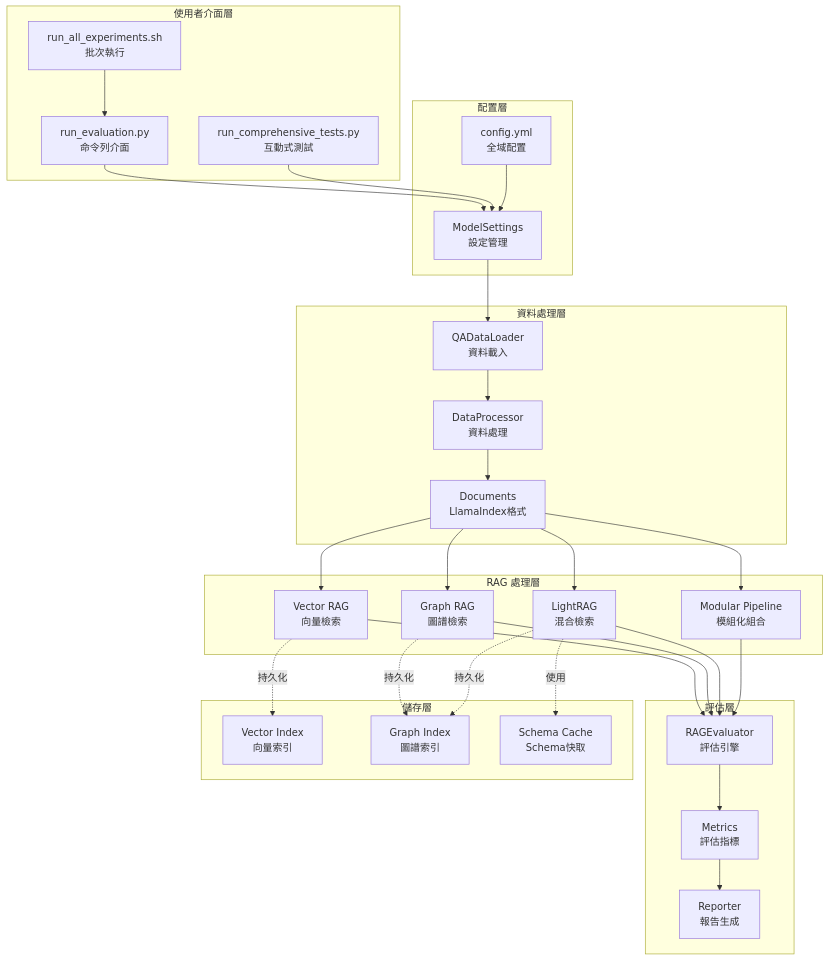
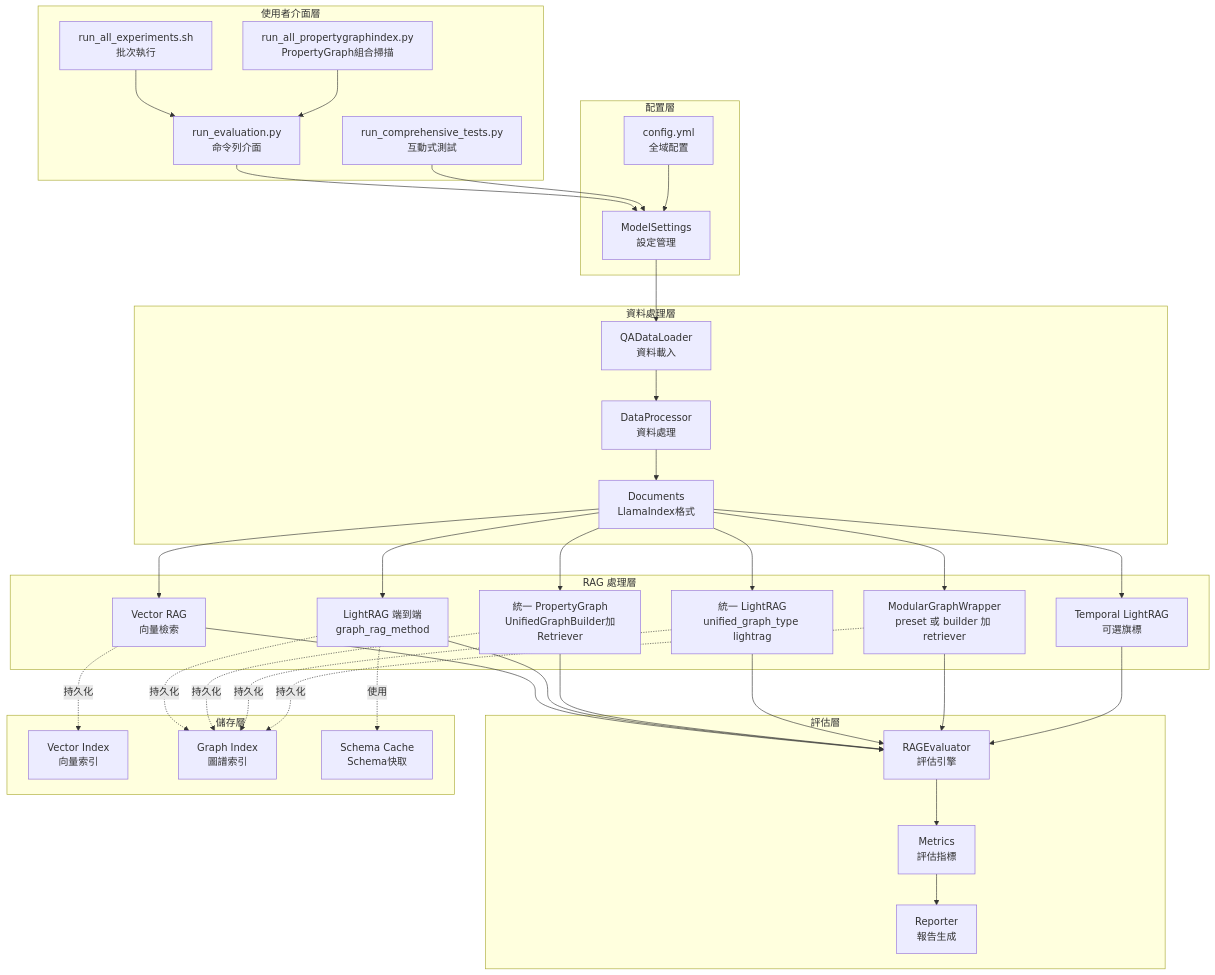
The first of 26 diagrams in docs/ARCHITECTURE.md (Hsuanyu-wang/End_to_End), drawn with Mermaid before and after one commit. The commit also changed other lines of this file and 123 other files, not shown here.

````diff
--- a/docs/ARCHITECTURE.md
+++ b/docs/ARCHITECTURE.md
@@ -19,66 +20,76 @@
 ```mermaid
 graph TB
     subgraph userInterface[使用者介面層]
         CLI[run_evaluation.py<br/>命令列介面]
         Interactive[run_comprehensive_tests.py<br/>互動式測試]
         Batch[run_all_experiments.sh<br/>批次執行]
+        PGBatch[run_all_propertygraphindex.py<br/>PropertyGraph組合掃描]
     end
     
     subgraph configLayer[配置層]
         ConfigYML[config.yml<br/>全域配置]
         Settings[ModelSettings<br/>設定管理]
     end
     
     subgraph dataLayer[資料處理層]
         DataLoader[QADataLoader<br/>資料載入]
         DataProcessor[DataProcessor<br/>資料處理]
         Documents[Documents<br/>LlamaIndex格式]
     end
     
     subgraph ragLayer[RAG 處理層]
         VectorRAG[Vector RAG<br/>向量檢索]
-        GraphRAG[Graph RAG<br/>圖譜檢索]
-        LightRAG[LightRAG<br/>混合檢索]
-        ModularPipeline[Modular Pipeline<br/>模組化組合]
+        LightRAGE2E[LightRAG 端到端<br/>graph_rag_method]
+        UnifiedPG[統一 PropertyGraph<br/>UnifiedGraphBuilder加Retriever]
+        UnifiedLR[統一 LightRAG<br/>unified_graph_type lightrag]
+        ModularPipeline[ModularGraphWrapper<br/>preset 或 builder 加 retriever]
+        TemporalRAG[Temporal LightRAG<br/>可選旗標]
     end
     
     subgraph evaluationLayer[評估層]
         Evaluator[RAGEvaluator<br/>評估引擎]
         Metrics[Metrics<br/>評估指標]
         Reporter[Reporter<br/>報告生成]
     end
     
     subgraph storageLayer[儲存層]
         VectorIndex[Vector Index<br/>向量索引]
         GraphIndex[Graph Index<br/>圖譜索引]
         SchemaCache[Schema Cache<br/>Schema快取]
     end
     
     CLI --> Settings
     Interactive --> Settings
     Batch --> CLI
+    PGBatch --> CLI
     
     Settings --> DataLoader
     ConfigYML --> Settings
     
     DataLoader --> DataProcessor
     DataProcessor --> Documents
     
     Documents --> VectorRAG
-    Documents --> GraphRAG
-    Documents --> LightRAG
+    Documents --> LightRAGE2E
+    Documents --> UnifiedPG
+    Documents --> UnifiedLR
     Documents --> ModularPipeline
+    Documents --> TemporalRAG
     
     VectorRAG --> Evaluator
-    GraphRAG --> Evaluator
-    LightRAG --> Evaluator
+    LightRAGE2E --> Evaluator
+    UnifiedPG --> Evaluator
+    UnifiedLR --> Evaluator
     ModularPipeline --> Evaluator
+    TemporalRAG --> Evaluator
     
     Evaluator --> Metrics
     Metrics --> Reporter
     
     VectorRAG -.持久化.-> VectorIndex
-    GraphRAG -.持久化.-> GraphIndex
-    LightRAG -.持久化.-> GraphIndex
-    LightRAG -.使用.-> SchemaCache
+    LightRAGE2E -.持久化.-> GraphIndex
+    UnifiedPG -.持久化.-> GraphIndex
+    UnifiedLR -.持久化.-> GraphIndex
+    ModularPipeline -.持久化.-> GraphIndex
+    LightRAGE2E -.使用.-> SchemaCache
 ```
````
